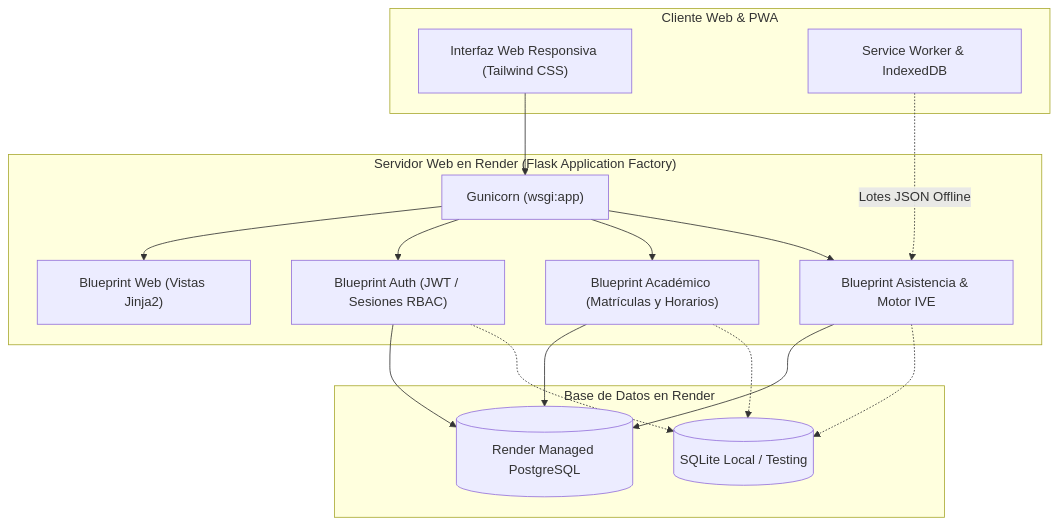
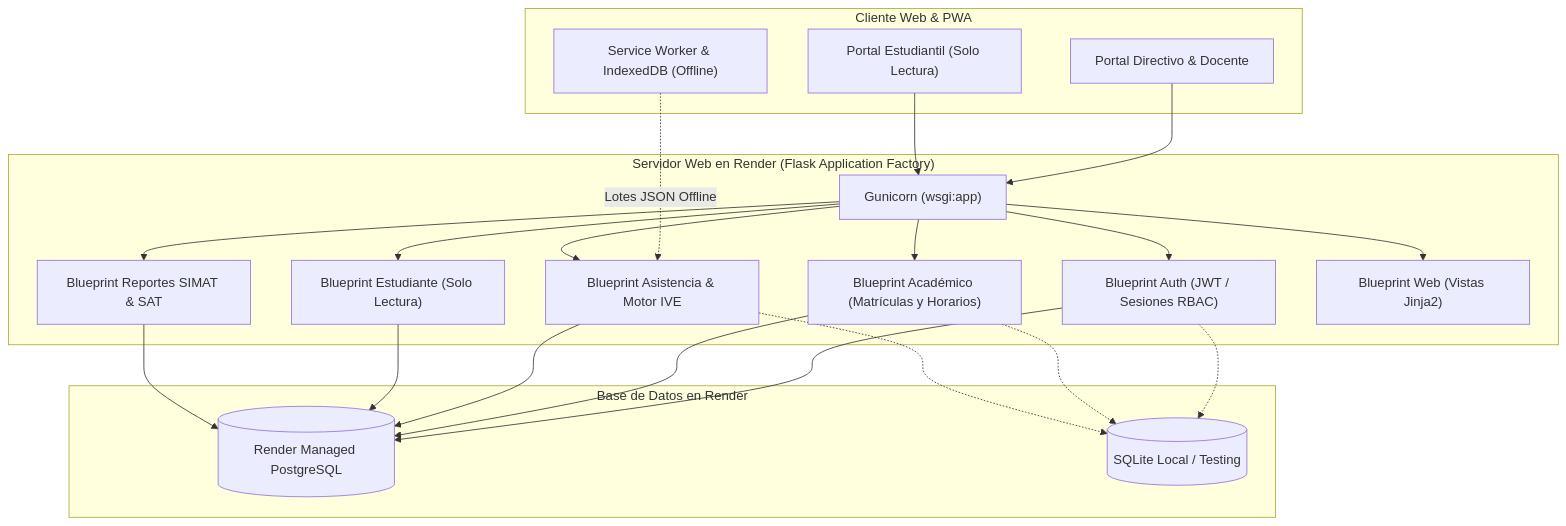
One commit to JuanD4l/Germaniaproto changed the diagram in README.md. Above: the diagram before and after it, drawn with Mermaid. The commit also changed other lines of this file, not shown here.

Commit message:
docs: update README with SAT IVE monitoring center and SIMAT exporter documentation

````diff
--- a/README.md
+++ b/README.md
@@ -34,35 +34,43 @@
 ```mermaid
 flowchart TD
     subgraph Cliente_DataLight ["Cliente Web & PWA"]
-        UI["Interfaz Web Responsiva (Tailwind CSS)"]
-        SW["Service Worker & IndexedDB"]
+        UI_Admin["Portal Directivo & Docente"]
+        UI_Estudiante["Portal Estudiantil (Solo Lectura)"]
+        SW["Service Worker & IndexedDB (Offline)"]
     end
 
     subgraph Backend_Flask ["Servidor Web en Render (Flask Application Factory)"]
         WSGI["Gunicorn (wsgi:app)"]
         AuthBP["Blueprint Auth (JWT / Sesiones RBAC)"]
         AcadBP["Blueprint Académico (Matrículas y Horarios)"]
         AsisBP["Blueprint Asistencia & Motor IVE"]
+        EstBP["Blueprint Estudiante (Solo Lectura)"]
+        RepBP["Blueprint Reportes SIMAT & SAT"]
         WebBP["Blueprint Web (Vistas Jinja2)"]
     end
 
     subgraph Persistencia ["Base de Datos en Render"]
         PG[("Render Managed PostgreSQL")]
         SQLite[("SQLite Local / Testing")]
     end
 
-    UI --> WSGI
+    UI_Admin --> WSGI
+    UI_Estudiante --> WSGI
     SW -.->|Lotes JSON Offline| AsisBP
     WSGI --> WebBP
     WSGI --> AuthBP
     WSGI --> AcadBP
     WSGI --> AsisBP
+    WSGI --> EstBP
+    WSGI --> RepBP
 
     AuthBP --> PG
     AcadBP --> PG
     AsisBP --> PG
+    EstBP --> PG
+    RepBP --> PG
 
     AuthBP -.-> SQLite
     AcadBP -.-> SQLite
     AsisBP -.-> SQLite
 ```
````
